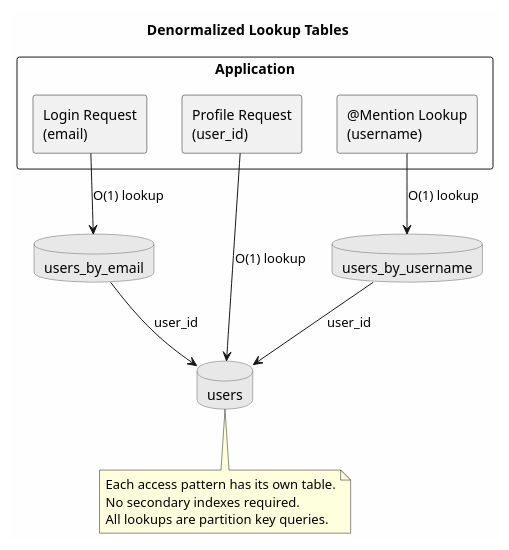
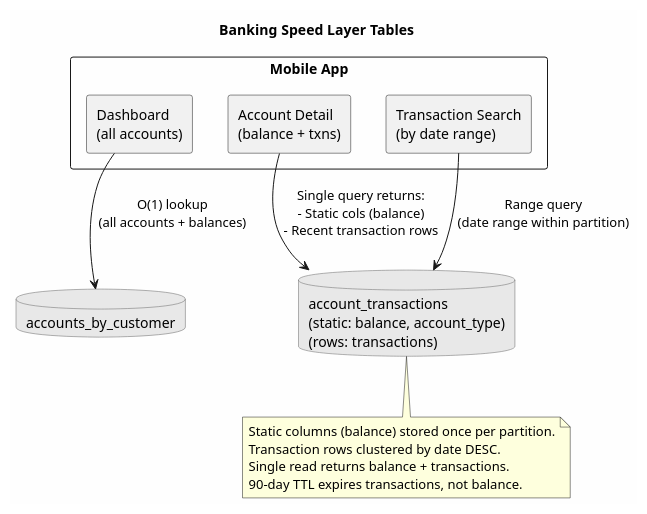
Before and after one commit to axonops/documentation: the fourth of 12 diagrams in docs/data-platforms/cassandra/application-development/patterns/speed-layer.md, drawn with PlantUML. The commit also changed other lines of this file, not shown here.

Commit message:
Update speed-layer pattern: bank transactions with static columns for balance

````diff
--- a/docs/data-platforms/cassandra/application-development/patterns/speed-layer.md
+++ b/docs/data-platforms/cassandra/application-development/patterns/speed-layer.md
@@ -301,38 +323,34 @@
 ```plantuml
 @startuml
 skinparam backgroundColor #FEFEFE
 skinparam database {
     BackgroundColor #E8E8E8
     BorderColor #666666
 }
 
-title Denormalized Lookup Tables
+title Banking Speed Layer Tables
 
-rectangle "Application" as app {
-    rectangle "Login Request\n(email)" as login
-    rectangle "Profile Request\n(user_id)" as profile
-    rectangle "@Mention Lookup\n(username)" as mention
+rectangle "Mobile App" as app {
+    rectangle "Dashboard\n(all accounts)" as dash
+    rectangle "Account Detail\n(balance + txns)" as detail
+    rectangle "Transaction Search\n(by date range)" as search
 }
 
-database "users_by_email" as tbl1 {
+database "accounts_by_customer" as tbl1 {
 }
-database "users" as tbl2 {
-}
-database "users_by_username" as tbl3 {
+database "account_transactions\n(static: balance, account_type)\n(rows: transactions)" as tbl2 {
 }
 
-login --> tbl1 : O(1) lookup
-tbl1 --> tbl2 : user_id
+dash --> tbl1 : O(1) lookup\n(all accounts + balances)
 
-profile --> tbl2 : O(1) lookup
-
-mention --> tbl3 : O(1) lookup
-tbl3 --> tbl2 : user_id
+detail --> tbl2 : Single query returns:\n- Static cols (balance)\n- Recent transaction rows
+search --> tbl2 : Range query\n(date range within partition)
 
 note bottom of tbl2
-Each access pattern has its own table.
-No secondary indexes required.
-All lookups are partition key queries.
+Static columns (balance) stored once per partition.
+Transaction rows clustered by date DESC.
+Single read returns balance + transactions.
+90-day TTL expires transactions, not balance.
 end note
 @enduml
 ```
````
